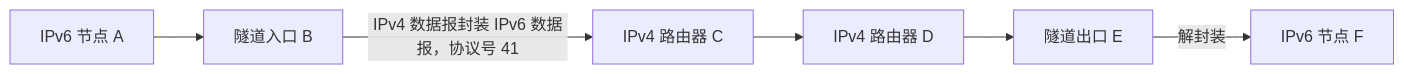
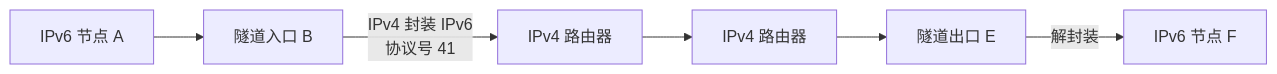
Before and after one commit to Meer-Matze/Meer-Matze.github.io: the eighth of 9 diagrams in src/content/posts/网络层：数据平面.md, drawn with Mermaid. The commit also changed other lines of this file, not shown here.

````diff
--- a/src/content/posts/网络层：数据平面.md
+++ b/src/content/posts/网络层：数据平面.md
@@ -540,8 +825,8 @@
-```mermaid
-flowchart LR
-    A["IPv6 节点 A"] --> B["隧道入口 B"]
-    B -->|"IPv4 数据报封装 IPv6 数据报，协议号 41"| C["IPv4 路由器 C"]
-    C --> D["IPv4 路由器 D"]
-    D --> E["隧道出口 E"]
-    E -->|"解封装"| F["IPv6 节点 F"]
-```
+  ```mermaid
+  flowchart LR
+      A["IPv6 节点 A"] --> B["隧道入口 B"]
+      B -->|"IPv4 封装 IPv6<br>协议号 41"| C["IPv4 路由器"]
+      C --> D["IPv4 路由器"]
+      D --> E["隧道出口 E"]
+      E -->|"解封装"| F["IPv6 节点 F"]
+  ```
````
